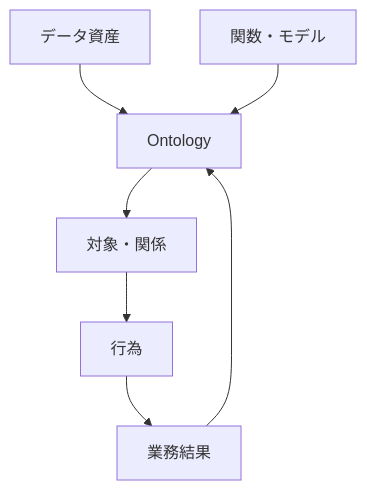
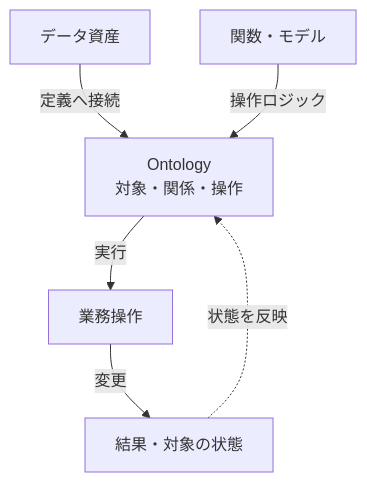
The tenth of 13 diagrams in articles/report/ai-llm-ontology-memory/ja/index.mdx (daylight55/research), drawn with Mermaid before and after one commit. The commit also changed other lines of this file and 181 other files, not shown here.

First line of the commit message:
全記事の図解368点を再生成し、共通注意書きを削除 (#402)

````diff
--- a/articles/report/ai-llm-ontology-memory/ja/index.mdx
+++ b/articles/report/ai-llm-ontology-memory/ja/index.mdx
@@ -347,9 +406,15 @@
 ```mermaid
 flowchart TD
-  Data["データ資産"] --> Ont["Ontology"]
-  Logic["関数・モデル"] --> Ont
-  Ont --> Obj["対象・関係"]
-  Obj --> Act["行為"]
-  Act --> Ops["業務結果"]
-  Ops --> Ont
+  accTitle: Ontologyを介してデータと業務操作を接続する
+  accDescr: データと関数を対象・関係の定義に接続し、操作の結果を対象の状態へ反映する。
+  N0["データ資産"]
+  N1["関数・モデル"]
+  N2["Ontology<br/>対象・関係・操作"]
+  N3["業務操作"]
+  N4["結果・対象の状態"]
+  N0 -->|定義へ接続| N2
+  N1 -->|操作ロジック| N2
+  N2 -->|実行| N3
+  N3 -->|変更| N4
+  N4 -.->|状態を反映| N2
 ```
````
